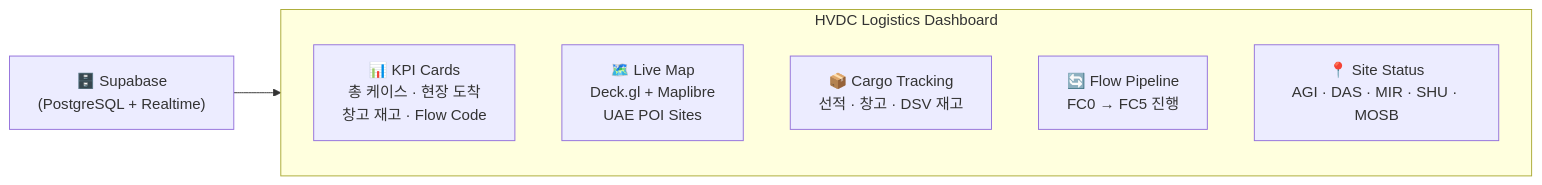
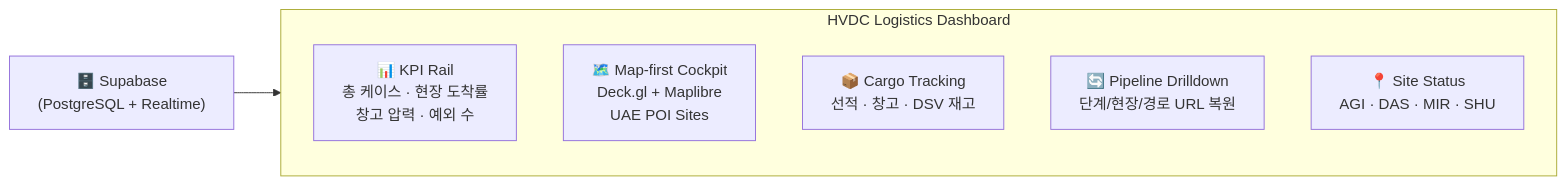
The first of 2 diagrams in apps/logistics-dashboard/README.md (macho715/logi_hvdc_dash), drawn with Mermaid before and after one commit. The commit also changed other lines of this file and 80 other files, not shown here.

````diff
--- a/apps/logistics-dashboard/README.md
+++ b/apps/logistics-dashboard/README.md
@@ -15,12 +35,12 @@
 ```mermaid
 graph LR
     subgraph Dashboard["HVDC Logistics Dashboard"]
-        KPI["📊 KPI Cards\n총 케이스 · 현장 도착\n창고 재고 · Flow Code"]
-        Map["🗺️ Live Map\nDeck.gl + Maplibre\nUAE POI Sites"]
+        KPI["📊 KPI Rail\n총 케이스 · 현장 도착률\n창고 압력 · 예외 수"]
+        Map["🗺️ Map-first Cockpit\nDeck.gl + Maplibre\nUAE POI Sites"]
         Cargo["📦 Cargo Tracking\n선적 · 창고 · DSV 재고"]
-        Pipeline["🔄 Flow Pipeline\nFC0 → FC5 진행"]
-        Sites["📍 Site Status\nAGI · DAS · MIR · SHU · MOSB"]
+        Pipeline["🔄 Pipeline Drilldown\n단계/현장/경로 URL 복원"]
+        Sites["📍 Site Status\nAGI · DAS · MIR · SHU"]
     end
 
     Supabase["🗄️ Supabase\n(PostgreSQL + Realtime)"] --> Dashboard
 ```
````
